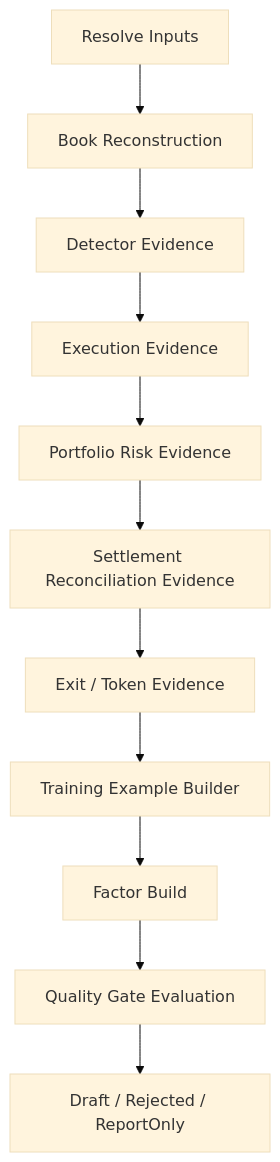
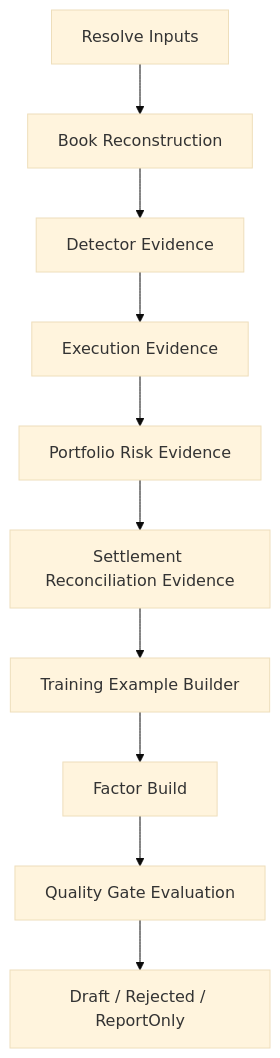
Before and after one commit to solomon-ssy/oxide-arb: the diagram in docs/plans/phase5.3-evidence-engine.md, drawn with Mermaid (base theme). The commit also changed other lines of this file and 50 other files, not shown here.

Commit message:
refactor(control,models,persistence,core)!: ✂️ descope Phase 5.7 exit/unwind token reconciliation from replay analytics

````diff
--- a/docs/plans/phase5.3-evidence-engine.md
+++ b/docs/plans/phase5.3-evidence-engine.md
@@ -13,13 +13,12 @@
 ```mermaid
 flowchart TD
     resolveInputs["Resolve Inputs"] --> reconstructBook["Book Reconstruction"]
     reconstructBook --> detectorEvidence["Detector Evidence"]
     detectorEvidence --> executionEvidence["Execution Evidence"]
     executionEvidence --> portfolioEvidence["Portfolio Risk Evidence"]
     portfolioEvidence --> settlementEvidence["Settlement Reconciliation Evidence"]
-    settlementEvidence --> exitEvidence["Exit / Token Evidence"]
-    exitEvidence --> trainingExamples["Training Example Builder"]
+    settlementEvidence --> trainingExamples["Training Example Builder"]
     trainingExamples --> factorBuild["Factor Build"]
     factorBuild --> qualityGate["Quality Gate Evaluation"]
     qualityGate --> draftWrite["Draft / Rejected / ReportOnly"]
 ```
````
